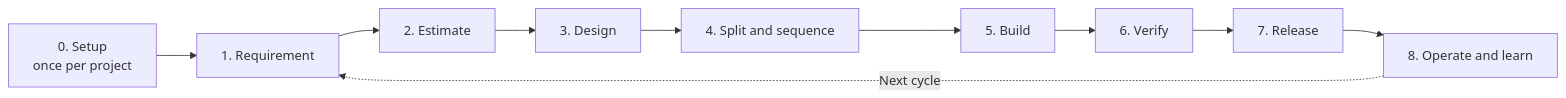
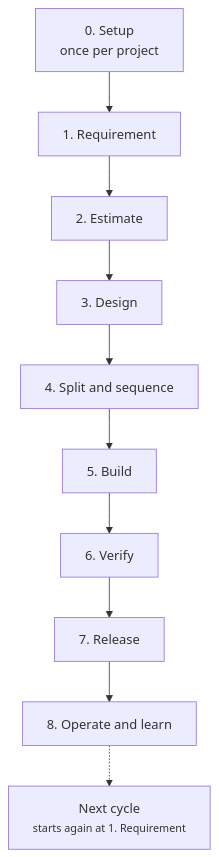
Before and after one commit to lamngockhuong/aiteamkit: the first of 3 diagrams in docs/flow/project-flow.md, drawn with Mermaid. The commit also changed other lines of this file and 14 other files, not shown here.

````diff
--- a/docs/flow/project-flow.md
+++ b/docs/flow/project-flow.md
@@ -16,12 +16,12 @@
 ```mermaid
-flowchart LR
+flowchart TD
     P0["0. Setup<br/>once per project"] --> P1["1. Requirement"]
     P1 --> P2["2. Estimate"]
     P2 --> P3["3. Design"]
     P3 --> P4["4. Split and sequence"]
     P4 --> P5["5. Build"]
     P5 --> P6["6. Verify"]
     P6 --> P7["7. Release"]
     P7 --> P8["8. Operate and learn"]
-    P8 -.->|Next cycle| P1
+    P8 -.-> NC["Next cycle<br/><small>starts again at 1. Requirement</small>"]
 ```
````
